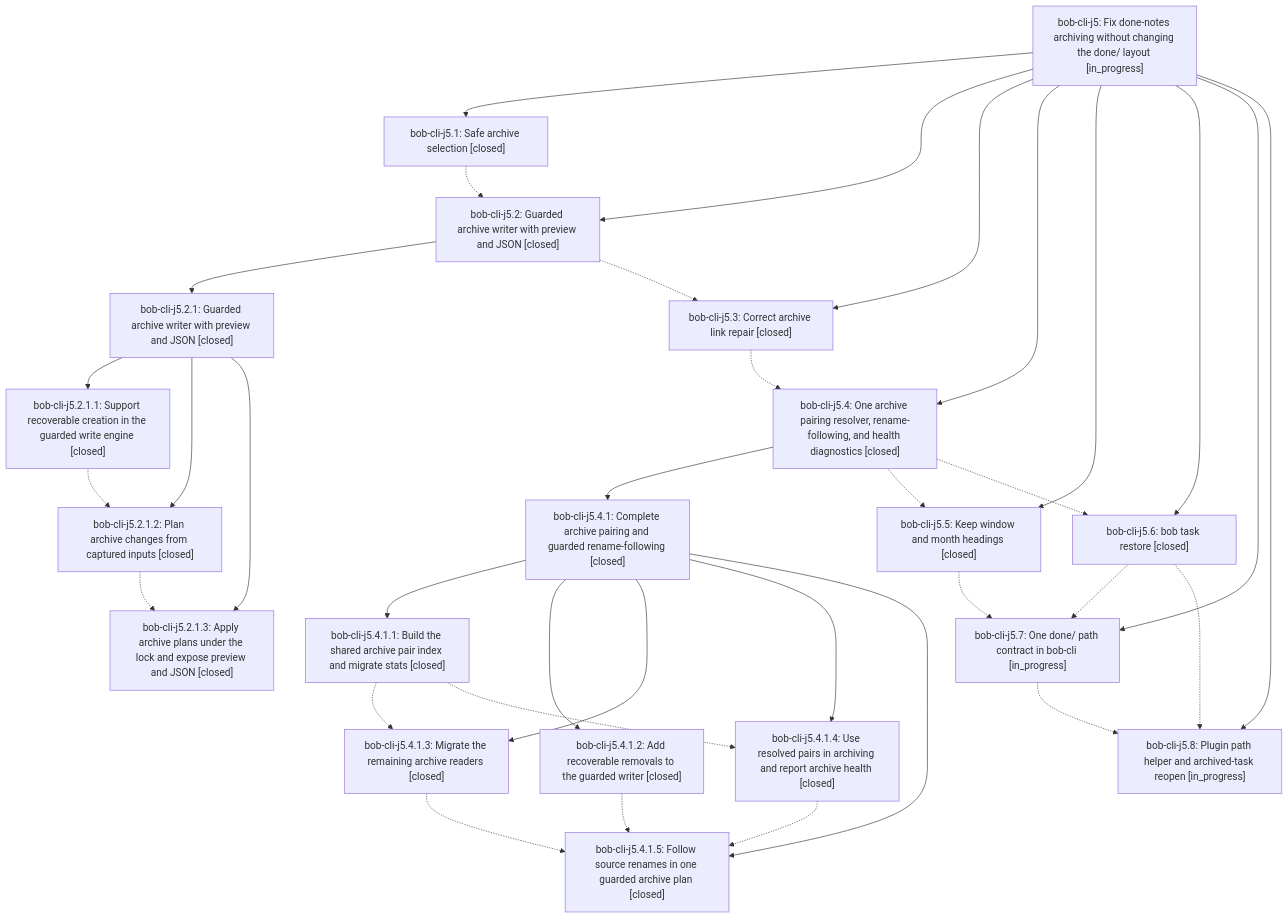
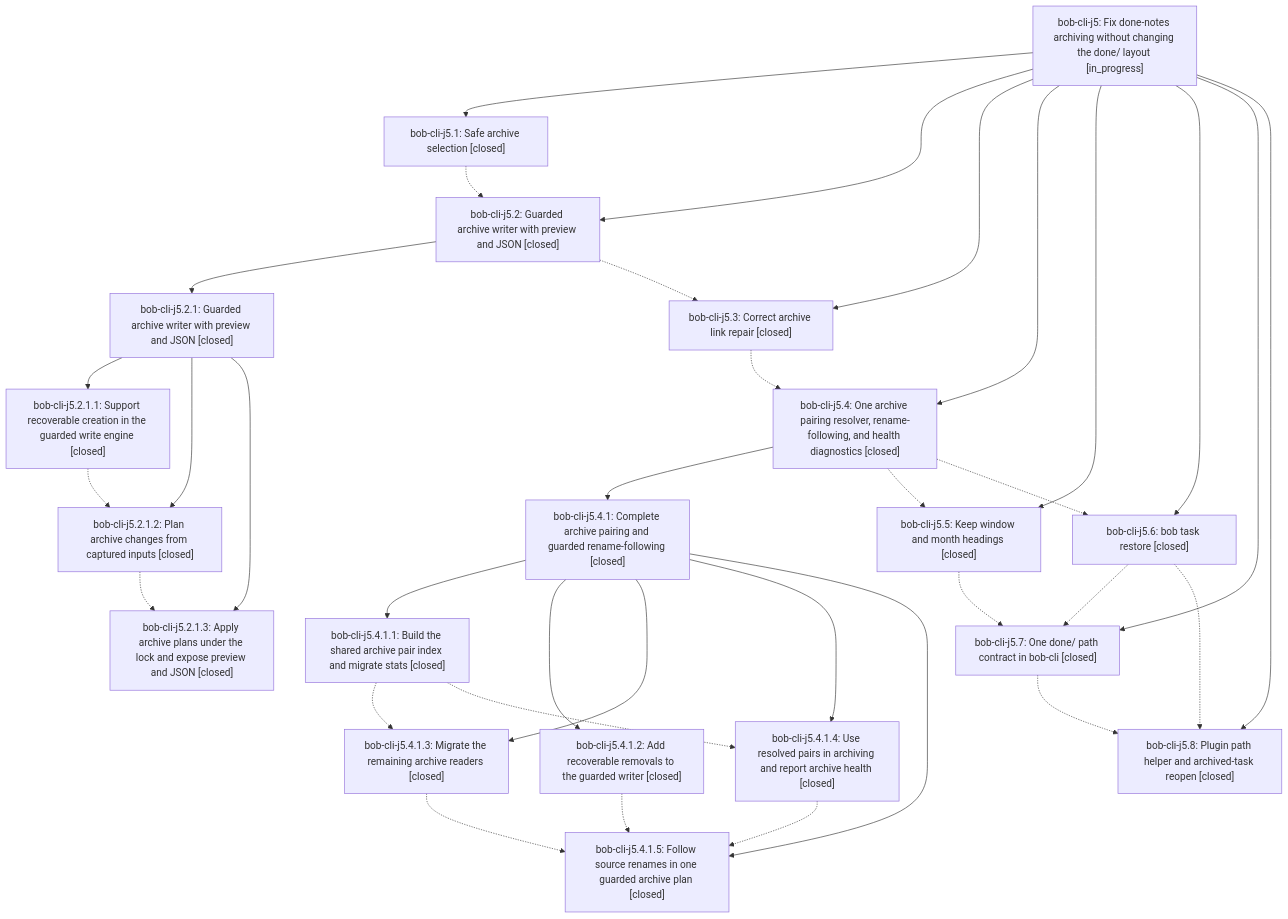
Before and after one commit to bobs-org/bob-cli--beads: the diagram in pages/bob-cli-j5/README.md, drawn with Mermaid. The commit also changed other lines of this file and 4 other files, not shown here.

First line of the commit message:
chore(beads): sync bead state and pages for bob-cli-j5

````diff
--- a/pages/bob-cli-j5/README.md
+++ b/pages/bob-cli-j5/README.md
@@ -48,56 +48,56 @@
 ```mermaid
 flowchart TD
     n0["bob-cli-j5: Fix done-notes archiving without changing the done/ layout [in_progress]"]
     n1["bob-cli-j5.1: Safe archive selection [closed]"]
     n2["bob-cli-j5.2: Guarded archive writer with preview and JSON [closed]"]
     n3["bob-cli-j5.2.1: Guarded archive writer with preview and JSON [closed]"]
     n4["bob-cli-j5.2.1.1: Support recoverable creation in the guarded write engine [closed]"]
     n5["bob-cli-j5.2.1.2: Plan archive changes from captured inputs [closed]"]
     n6["bob-cli-j5.2.1.3: Apply archive plans under the lock and expose preview and JSON [closed]"]
     n7["bob-cli-j5.3: Correct archive link repair [closed]"]
     n8["bob-cli-j5.4: One archive pairing resolver, rename-following, and health diagnostics [closed]"]
     n9["bob-cli-j5.4.1: Complete archive pairing and guarded rename-following [closed]"]
     n10["bob-cli-j5.4.1.1: Build the shared archive pair index and migrate stats [closed]"]
     n11["bob-cli-j5.4.1.2: Add recoverable removals to the guarded writer [closed]"]
     n12["bob-cli-j5.4.1.3: Migrate the remaining archive readers [closed]"]
     n13["bob-cli-j5.4.1.4: Use resolved pairs in archiving and report archive health [closed]"]
     n14["bob-cli-j5.4.1.5: Follow source renames in one guarded archive plan [closed]"]
     n15["bob-cli-j5.5: Keep window and month headings [closed]"]
     n16["bob-cli-j5.6: bob task restore [closed]"]
-    n17["bob-cli-j5.7: One done/ path contract in bob-cli [in_progress]"]
-    n18["bob-cli-j5.8: Plugin path helper and archived-task reopen [in_progress]"]
+    n17["bob-cli-j5.7: One done/ path contract in bob-cli [closed]"]
+    n18["bob-cli-j5.8: Plugin path helper and archived-task reopen [closed]"]
     n0 --> n1
     n0 --> n2
     n2 --> n3
     n3 --> n4
     n3 --> n5
     n3 --> n6
     n0 --> n7
     n0 --> n8
     n8 --> n9
     n9 --> n10
     n9 --> n11
     n9 --> n12
     n9 --> n13
     n9 --> n14
     n0 --> n15
     n0 --> n16
     n0 --> n17
     n0 --> n18
     n1 -.-> n2
     n2 -.-> n7
     n4 -.-> n5
     n5 -.-> n6
     n7 -.-> n8
     n8 -.-> n15
     n8 -.-> n16
     n10 -.-> n12
     n10 -.-> n13
     n11 -.-> n14
     n12 -.-> n14
     n13 -.-> n14
     n15 -.-> n17
     n16 -.-> n17
     n16 -.-> n18
     n17 -.-> n18
 ```
````
